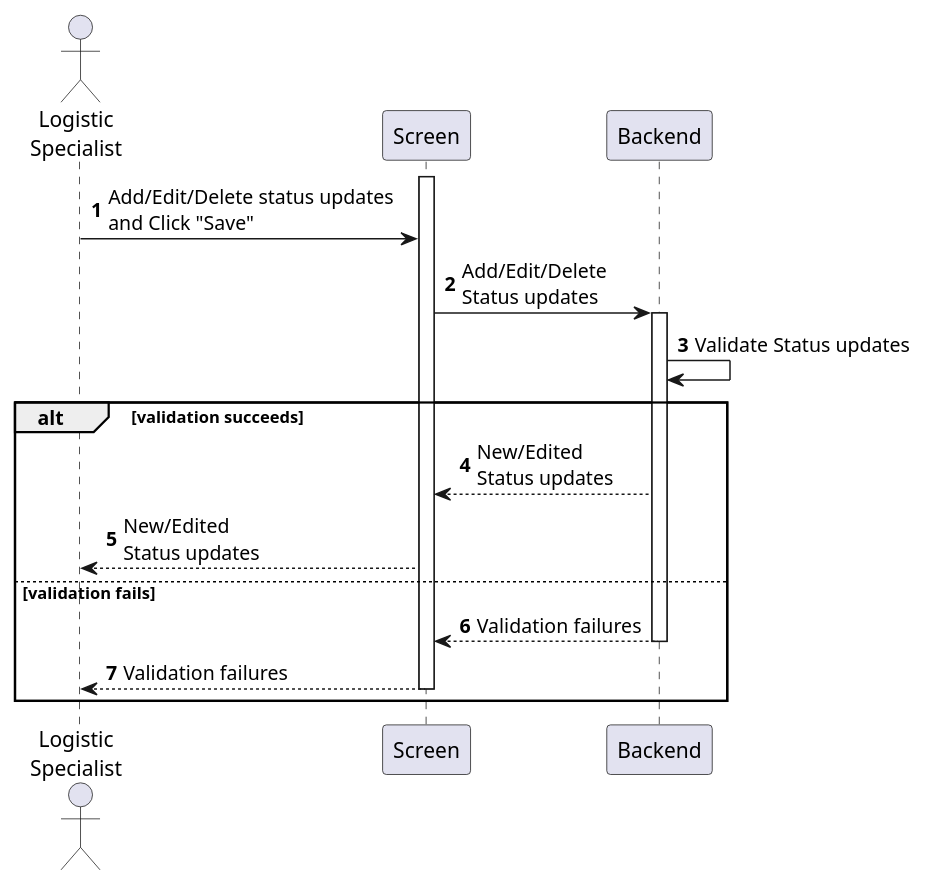
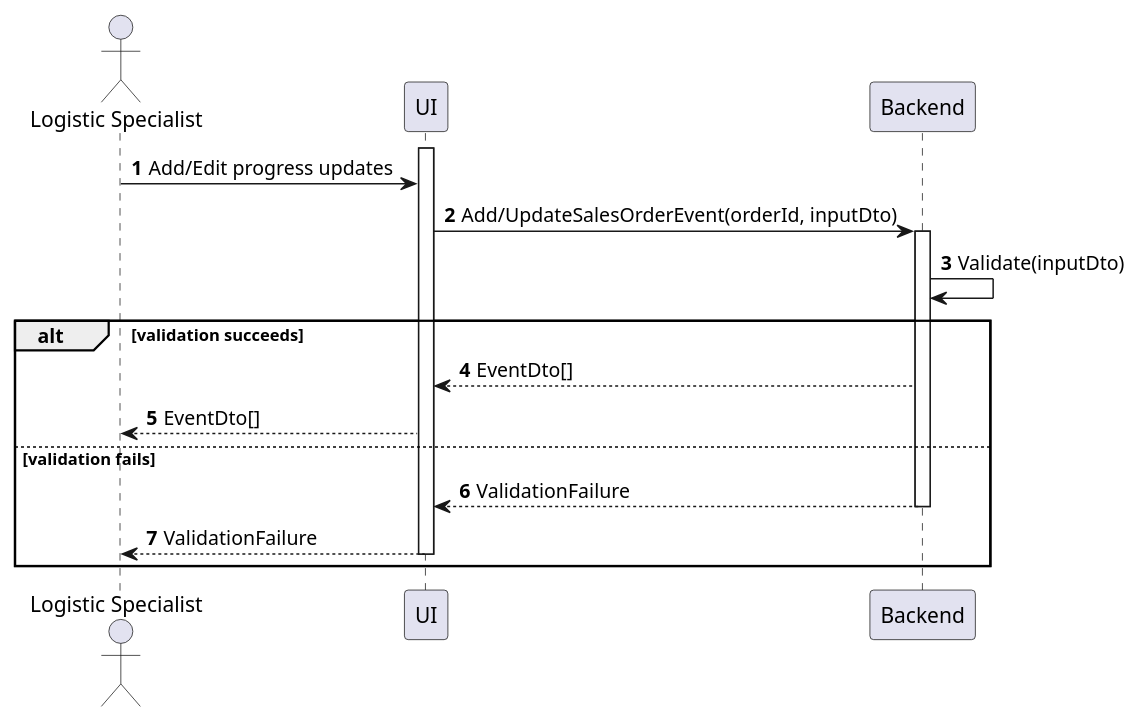
One commit to phihungha/scmss-reqs changed the diagram in sequences/sales-order-update-progress.plantuml. Above: the diagram before and after it, drawn with PlantUML. The commit also changed 17 other files, not shown here.

Commit message:
Improve sales sequences

```diff
--- a/sequences/sales-order-update-progress.plantuml
+++ b/sequences/sales-order-update-progress.plantuml
@@ -1,22 +1,22 @@
 @startuml sales-order-update-progress
 autonumber
 
-actor "Logistic\nSpecialist" as a
-participant Screen as f
+actor "Logistic Specialist" as a
+participant UI as f
 participant Backend as b
 
 activate f
-a -> f : Add/Edit/Delete status updates\nand Click "Save"
-f -> b : Add/Edit/Delete\nStatus updates
+a -> f : Add/Edit progress updates
+f -> b : Add/UpdateSalesOrderEvent(orderId, inputDto)
 activate b
-b -> b : Validate Status updates
+b -> b : Validate(inputDto)
 
 alt validation succeeds
-    b --> f : New/Edited\nStatus updates
-    f --> a : New/Edited\nStatus updates
+    b --> f : EventDto[]
+    f --> a : EventDto[]
 else validation fails
-    return Validation failures
-    f --> a : Validation failures
+    return ValidationFailure
+    f --> a : ValidationFailure
     deactivate f
 end
 @enduml
```
